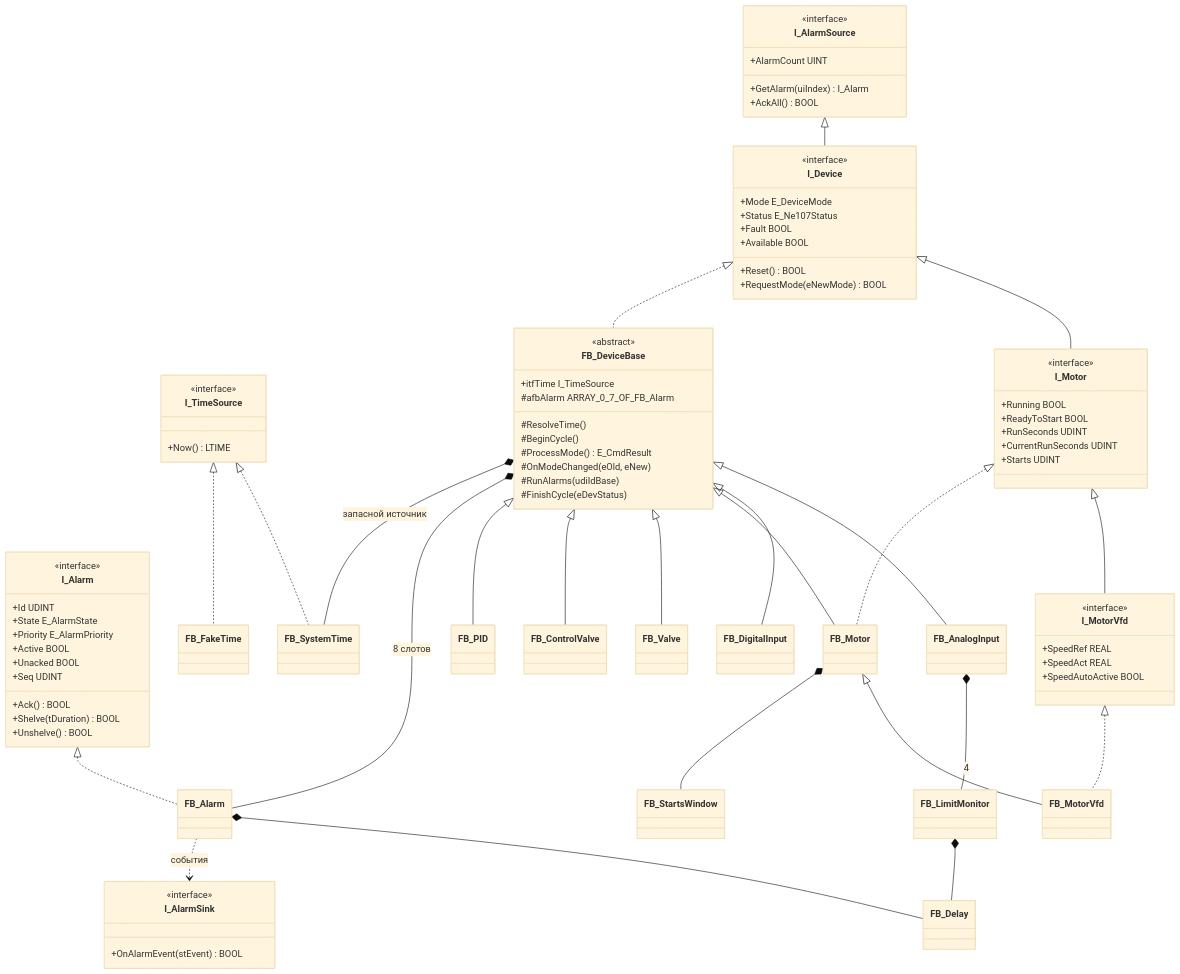
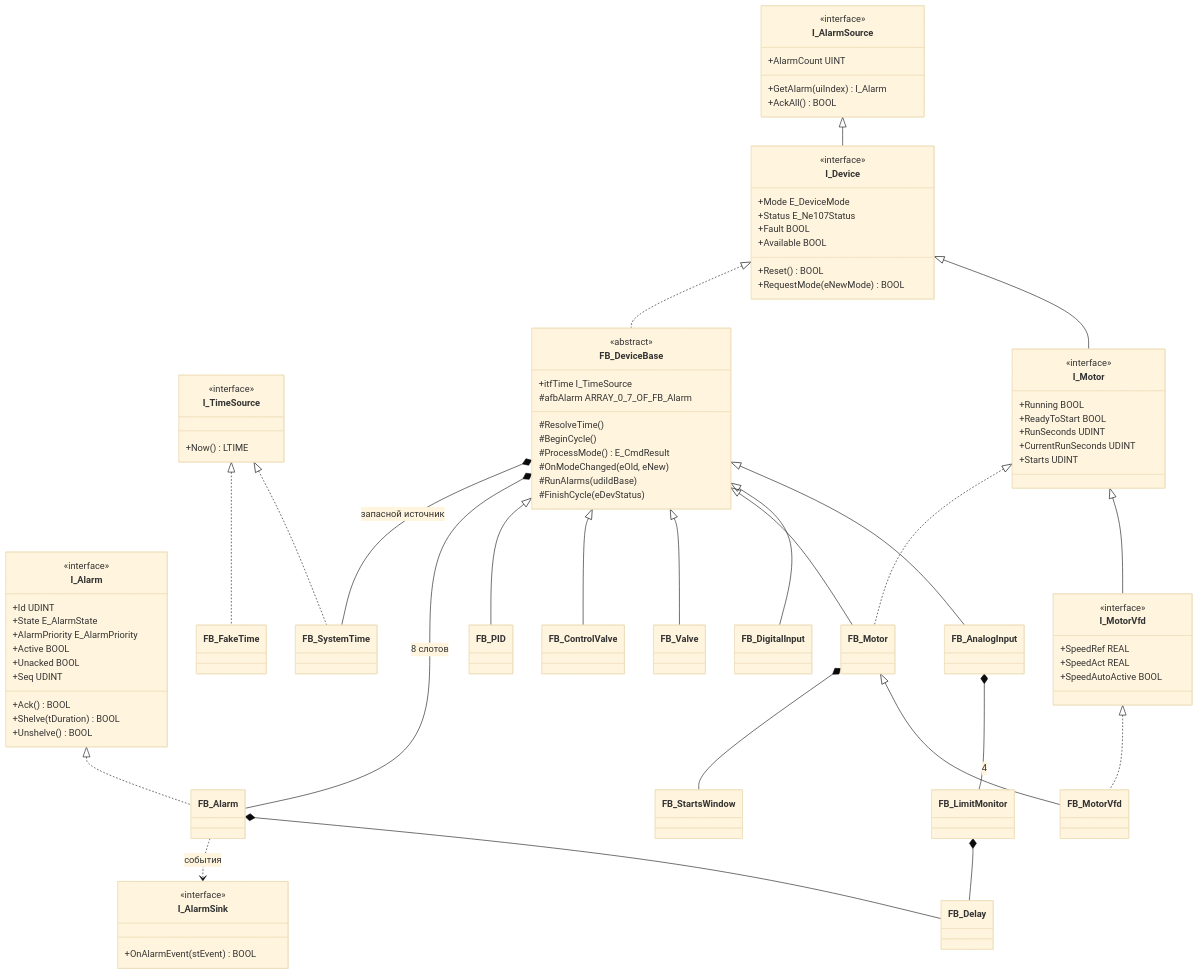
Before and after one commit to kr0nsch/plc-process-lib: the first of 6 diagrams in docs/API.md, drawn with Mermaid (base theme). The commit also changed other lines of this file and 14 other files, not shown here.

```diff
--- a/docs/API.md
+++ b/docs/API.md
@@ -222,7 +257,7 @@
         +Unshelve() BOOL
         +Id UDINT
         +State E_AlarmState
-        +Priority E_AlarmPriority
+        +AlarmPriority E_AlarmPriority
         +Active BOOL
         +Unacked BOOL
         +Seq UDINT
```
